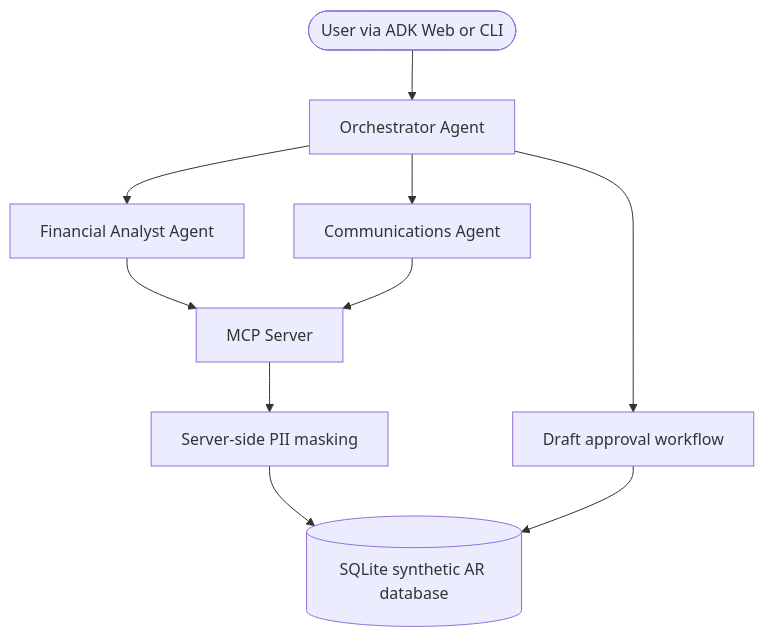
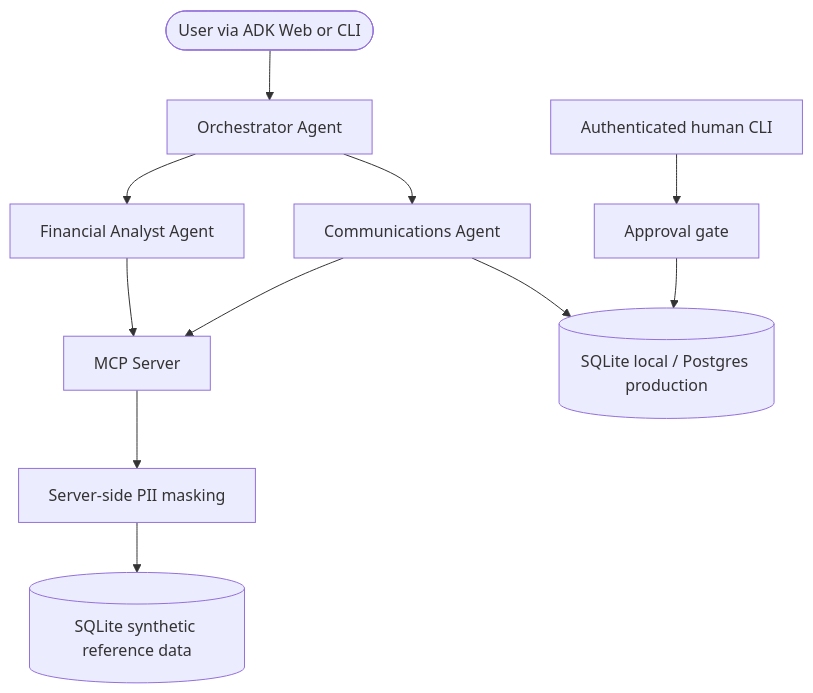
Before and after one commit to manojmaddipoti/collections-intelligence-agent: the diagram in README.md, drawn with Mermaid. The commit also changed other lines of this file and 38 other files, not shown here.

````diff
--- a/README.md
+++ b/README.md
@@ -44,12 +48,13 @@
 ```mermaid
 graph TD
     User([User via ADK Web or CLI]) --> Orch[Orchestrator Agent]
     Orch --> FA[Financial Analyst Agent]
     Orch --> CA[Communications Agent]
     FA --> MCP[MCP Server]
     CA --> MCP
     MCP --> Mask[Server-side PII masking]
-    Mask --> DB[(SQLite synthetic AR database)]
-    Orch --> Approval[Draft approval workflow]
-    Approval --> DB
+    Mask --> DB[(SQLite synthetic reference data)]
+    CA --> Drafts[(SQLite local / Postgres production)]
+    Human[Authenticated human CLI] --> Approval[Approval gate]
+    Approval --> Drafts
 ```
````
